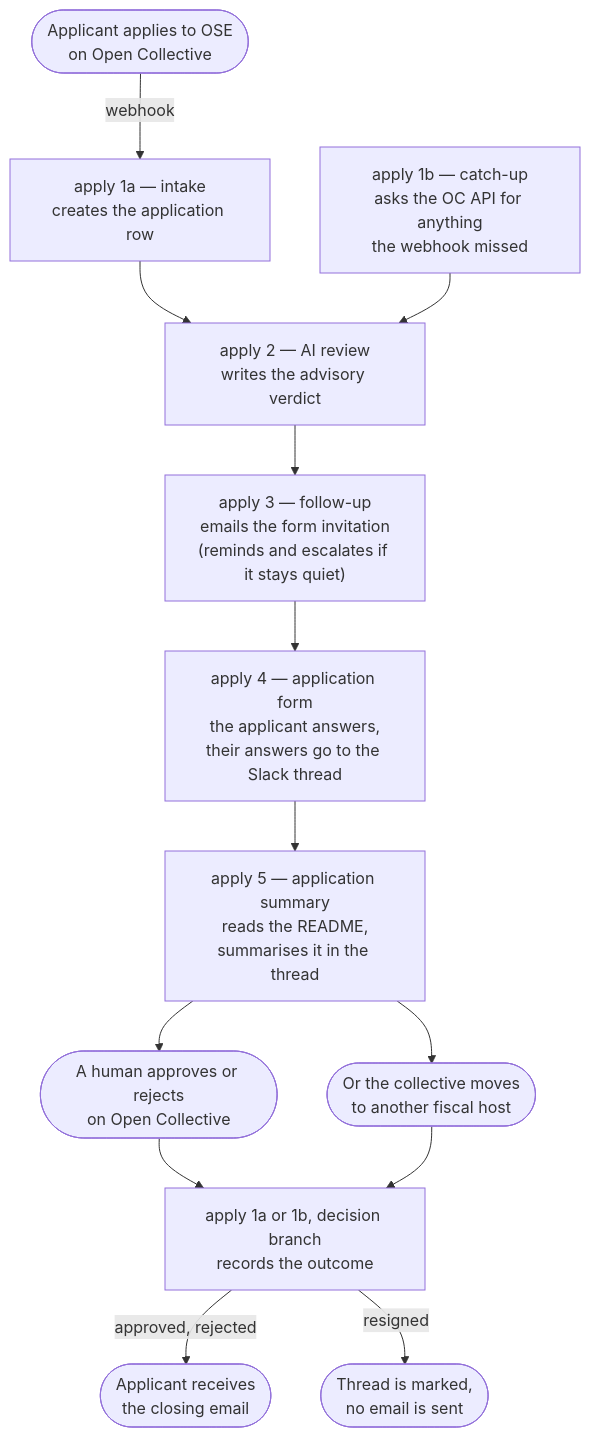
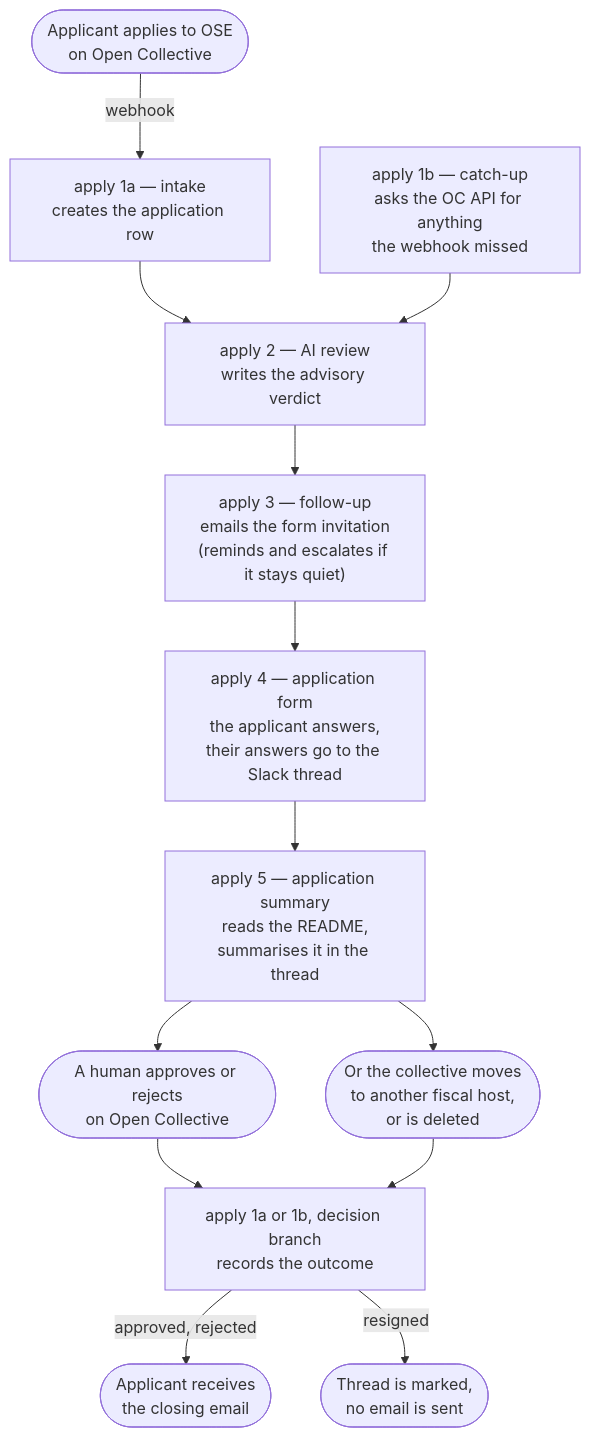
The diagram in automation/README.md (opensourceeurope/community), drawn with Mermaid before and after one commit. The commit also changed 4 other files, not shown here.

Commit message:
fix: a deleted applicant collective no longer fails every decision sweep (#83)

````diff
--- a/automation/README.md
+++ b/automation/README.md
@@ -90,17 +90,17 @@
 ```mermaid
 flowchart TD
     START(["Applicant applies to OSE<br>on Open Collective"])
     START -->|"webhook"| A1a["apply 1a — intake<br>creates the application row"]
     A1b["apply 1b — catch-up<br>asks the OC API for anything<br>the webhook missed"]
     A1a --> A2["apply 2 — AI review<br>writes the advisory verdict"]
     A1b --> A2
     A2 --> A3["apply 3 — follow-up<br>emails the form invitation<br>(reminds and escalates if it stays quiet)"]
     A3 --> A4["apply 4 — application form<br>the applicant answers,<br>their answers go to the Slack thread"]
     A4 --> A5s["apply 5 — application summary<br>reads the README,<br>summarises it in the thread"]
     A5s --> HUMAN(["A human approves or rejects<br>on Open Collective"])
-    A5s --> GONE(["Or the collective moves<br>to another fiscal host"])
+    A5s --> GONE(["Or the collective moves<br>to another fiscal host,<br>or is deleted"])
     HUMAN --> A5["apply 1a or 1b, decision branch<br>records the outcome"]
     GONE --> A5
     A5 -->|"approved, rejected"| END(["Applicant receives<br>the closing email"])
     A5 -->|"resigned"| MARK(["Thread is marked,<br>no email is sent"])
 ```
````
